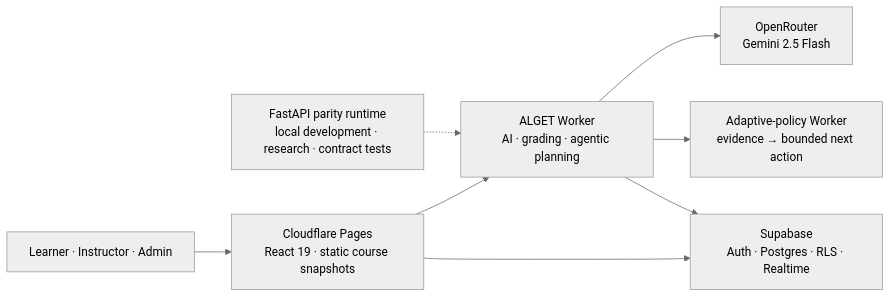
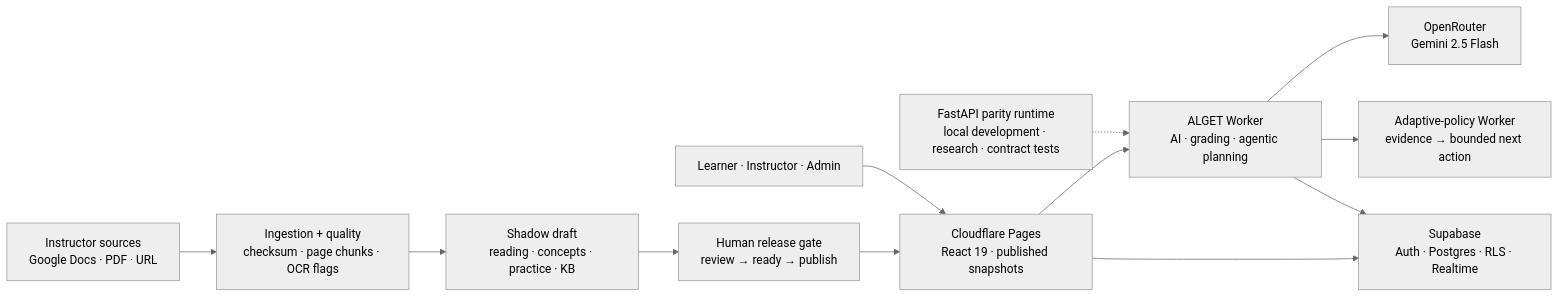
Before and after one commit to Educatian/alget: the first of 3 diagrams in README.md, drawn with Mermaid (neutral theme). The commit also changed other lines of this file and 11 other files, not shown here.

Commit message:
docs: refresh release screenshots and source architecture

````diff
--- a/README.md
+++ b/README.md
@@ -28,10 +28,14 @@
 ```mermaid
 flowchart LR
-    U["Learner · Instructor · Admin"] --> P["Cloudflare Pages<br/>React 19 · static course snapshots"]
+    SRC["Instructor sources<br/>Google Docs · PDF · URL"] --> ING["Ingestion + quality<br/>checksum · page chunks · OCR flags"]
+    ING --> DRAFT["Shadow draft<br/>reading · concepts · practice · KB"]
+    DRAFT --> GATE["Human release gate<br/>review → ready → publish"]
+    GATE --> P["Cloudflare Pages<br/>React 19 · published snapshots"]
+    U["Learner · Instructor · Admin"] --> P
     P --> W["ALGET Worker<br/>AI · grading · agentic planning"]
     P --> S["Supabase<br/>Auth · Postgres · RLS · Realtime"]
     W --> O["OpenRouter<br/>Gemini 2.5 Flash"]
     W --> A["Adaptive-policy Worker<br/>evidence → bounded next action"]
     W --> S
     F["FastAPI parity runtime<br/>local development · research · contract tests"] -.-> W
 ```
````
